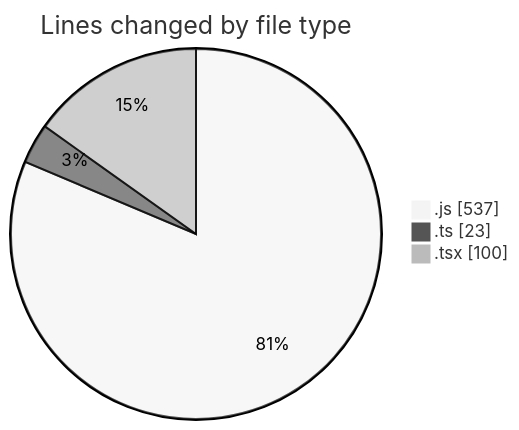
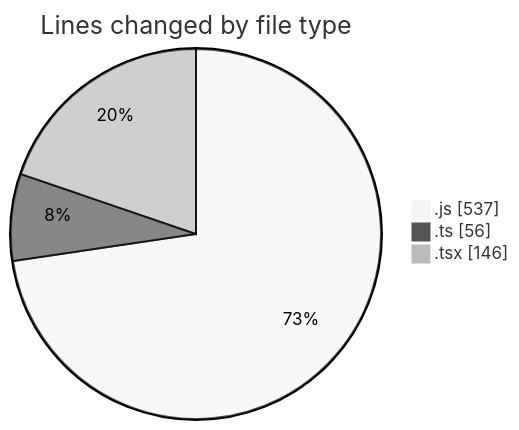
The first of 2 diagrams in 2026-10-06/cda/README.md (momahboobian/code-tracking), drawn with Mermaid (neutral theme) before and after one commit. The commit also changed other lines of this file and 1 other file, not shown here.

````diff
--- a/2026-10-06/cda/README.md
+++ b/2026-10-06/cda/README.md
@@ -23,7 +24,7 @@
 ```mermaid
 pie showData
 title Lines changed by file type
 ".js" : 537
-".ts" : 23
-".tsx" : 100
+".ts" : 56
+".tsx" : 146
 ```
````
